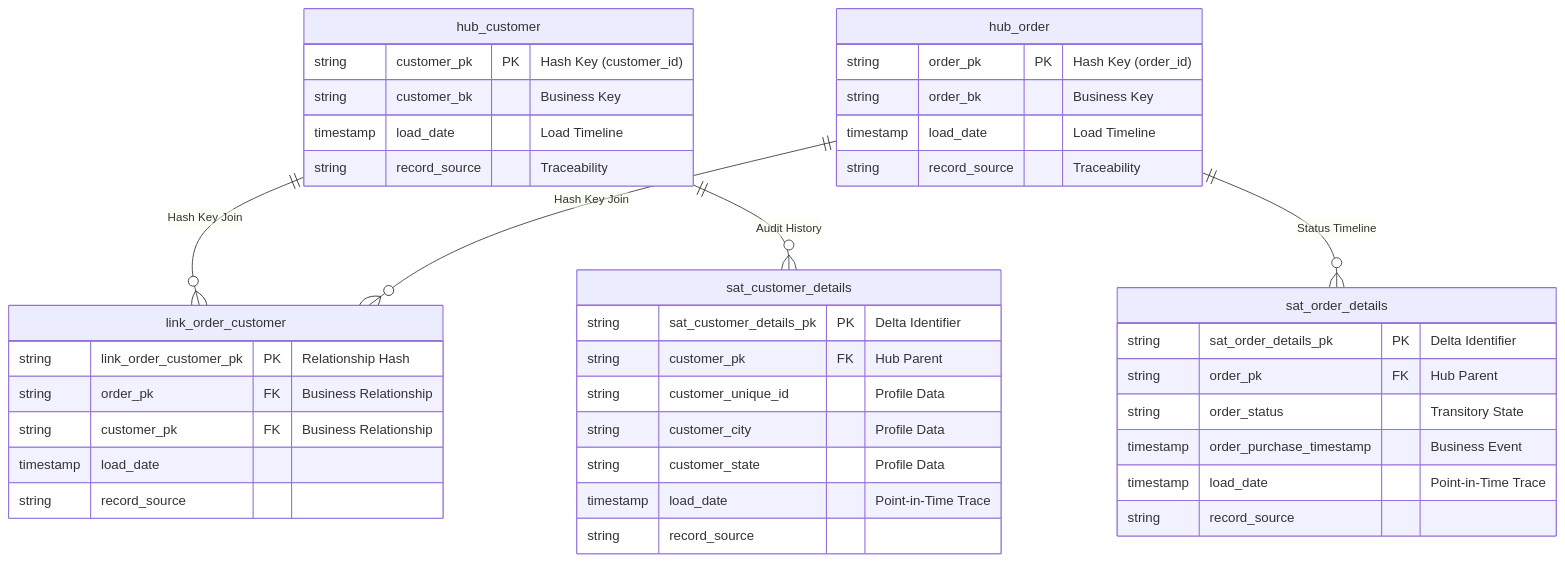
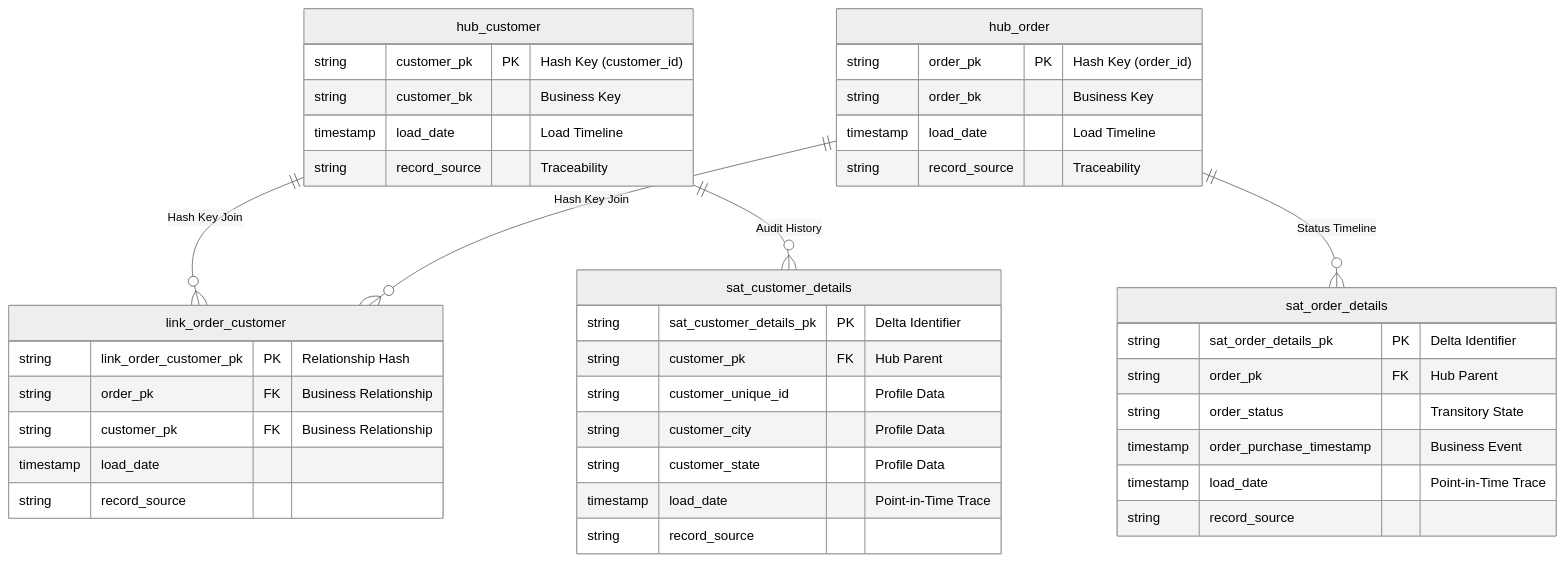
The diagram in docs/diagrams/datavault.mmd (26-jorge-01/analytics-modeling-lab), drawn with Mermaid before and after one commit. The commit also changed 603 other files, not shown here.

```diff
--- a/docs/diagrams/datavault.mmd
+++ b/docs/diagrams/datavault.mmd
@@ -1,55 +1,56 @@
+%%{init: {'theme': 'neutral'}}%%
 erDiagram
     %% =======================================================
     %% Data Vault 2.0: Enterprise Historical Backbone
     %% =======================================================
 
     hub_customer ||--o{ link_order_customer : "Hash Key Join"
     hub_order ||--o{ link_order_customer : "Hash Key Join"
     hub_customer ||--o{ sat_customer_details : "Audit History"
     hub_order ||--o{ sat_order_details : "Status Timeline"
 
     hub_customer {
         string customer_pk PK "Hash Key (customer_id)"
         string customer_bk "Business Key"
         timestamp load_date "Load Timeline"
         string record_source "Traceability"
     }
 
     hub_order {
         string order_pk PK "Hash Key (order_id)"
         string order_bk "Business Key"
         timestamp load_date "Load Timeline"
         string record_source "Traceability"
     }
 
     link_order_customer {
         string link_order_customer_pk PK "Relationship Hash"
         string order_pk FK "Business Relationship"
         string customer_pk FK "Business Relationship"
         timestamp load_date
         string record_source
     }
 
     sat_customer_details {
         string sat_customer_details_pk PK "Delta Identifier"
         string customer_pk FK "Hub Parent"
         string customer_unique_id "Profile Data"
         string customer_city "Profile Data"
         string customer_state "Profile Data"
         timestamp load_date "Point-in-Time Trace"
         string record_source
     }
 
     sat_order_details {
         string sat_order_details_pk PK "Delta Identifier"
         string order_pk FK "Hub Parent"
         string order_status "Transitory State"
         timestamp order_purchase_timestamp "Business Event"
         timestamp load_date "Point-in-Time Trace"
         string record_source
     }
 
     %% Note for recruiters: 
     %% Data Vault was chosen for full auditability and 
     %% ability to reconstruct historical states at any 
     %% point without altering the schema (Insert-Only).
```
